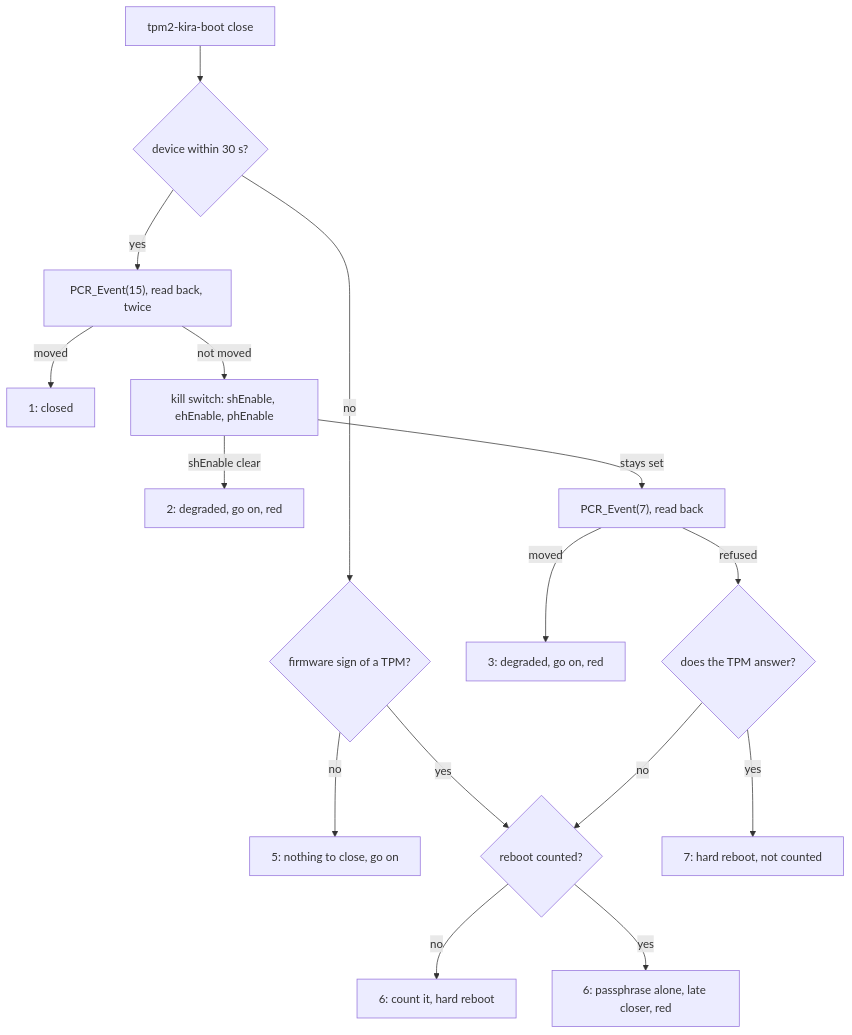
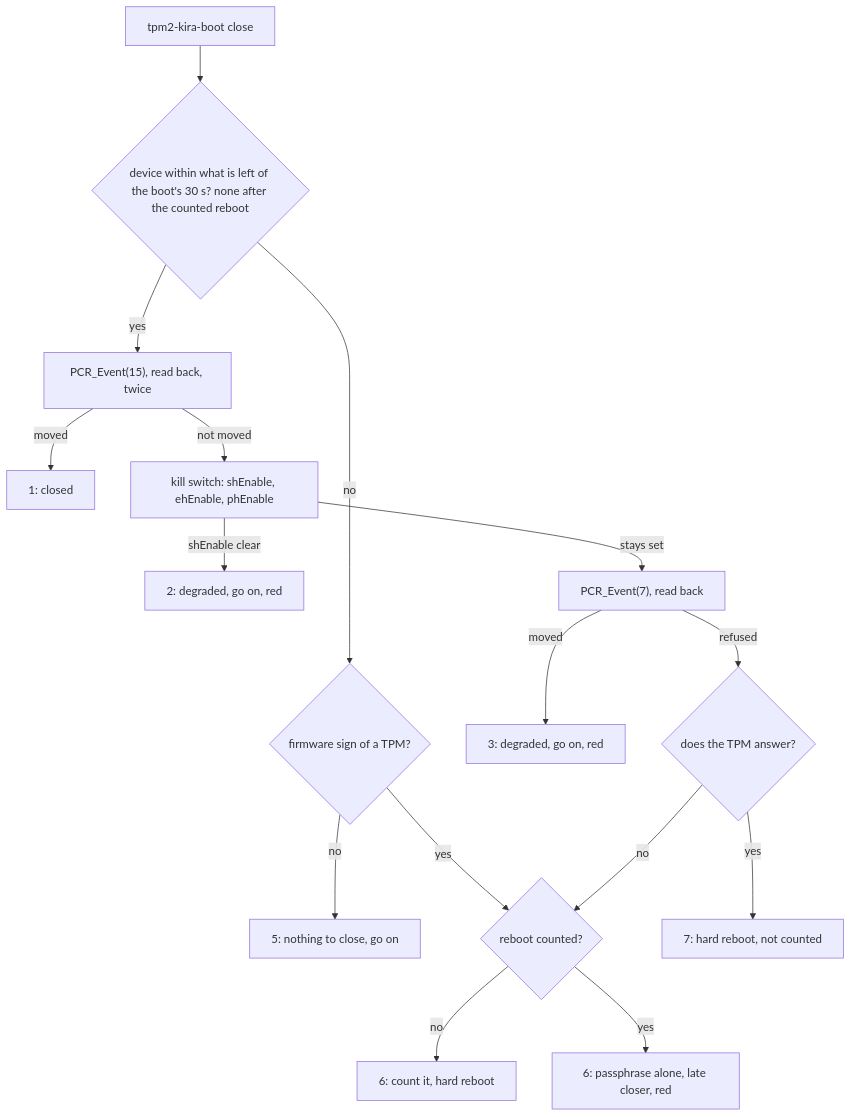
The sixth of 6 diagrams in docs/SECURITY-BACKGROUND.md (mrwiora/tpm2-kira), drawn with Mermaid before and after one commit. The commit also changed other lines of this file and 10 other files, not shown here.

First line of the commit message:
Q1, Q2: one wait per boot for the TPM's device; none in the boot after the one reboot

````diff
--- a/docs/SECURITY-BACKGROUND.md
+++ b/docs/SECURITY-BACKGROUND.md
@@ -1633,18 +1633,18 @@
 ```mermaid
 flowchart TD
-  A["tpm2-kira-boot close"] --> D{"device within 30 s?"}
+  A["tpm2-kira-boot close"] --> D{"device within what is left of the boot's 30 s? none after the counted reboot"}
   D -->|no| F{"firmware sign of a TPM?"}
   F -->|no| S5["5: nothing to close, go on"]
   F -->|yes| C{"reboot counted?"}
   C -->|no| R6["6: count it, hard reboot"]
   C -->|yes| L6["6: passphrase alone, late closer, red"]
   D -->|yes| E["PCR_Event(15), read back, twice"]
   E -->|moved| S1["1: closed"]
   E -->|"not moved"| K["kill switch: shEnable, ehEnable, phEnable"]
   K -->|"shEnable clear"| S2["2: degraded, go on, red"]
   K -->|"stays set"| P7["PCR_Event(7), read back"]
   P7 -->|moved| S3["3: degraded, go on, red"]
   P7 -->|refused| Q{"does the TPM answer?"}
   Q -->|yes| R7["7: hard reboot, not counted"]
   Q -->|no| C
 ```
````
